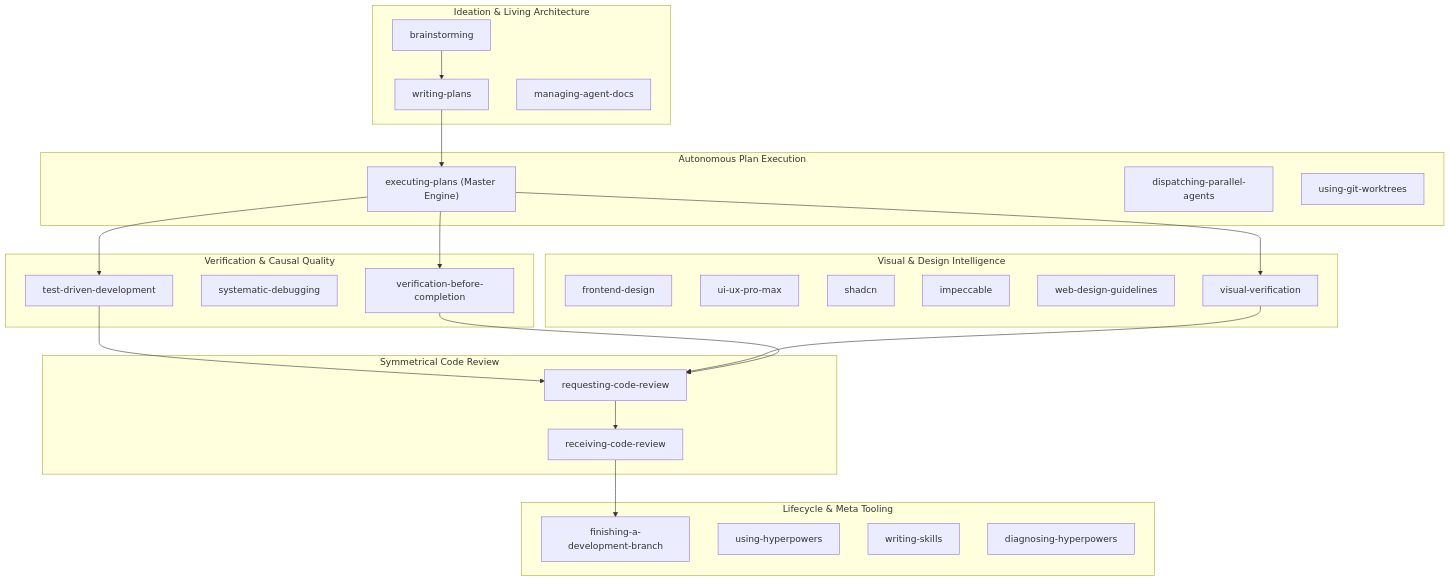
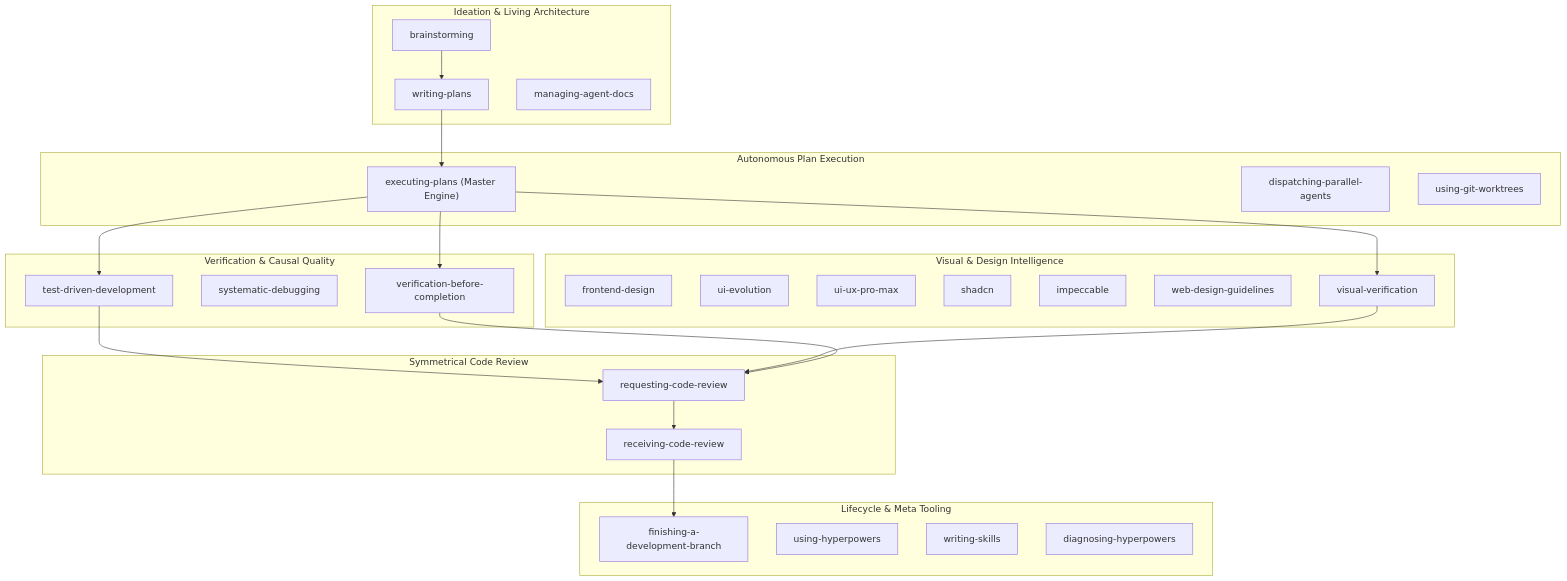
The second of 2 diagrams in README.md (samwork64/hyperpowers), drawn with Mermaid before and after one commit. The commit also changed other lines of this file, not shown here.

````diff
--- a/README.md
+++ b/README.md
@@ -171,46 +173,47 @@
 ```mermaid
 flowchart TD
     subgraph UI["Visual & Design Intelligence"]
         FD["frontend-design"]
+        UE["ui-evolution"]
         UP["ui-ux-pro-max"]
         SC["shadcn"]
         IM["impeccable"]
         WD["web-design-guidelines"]
         VV["visual-verification"]
     end
 
     subgraph Exec["Autonomous Plan Execution"]
         EP["executing-plans (Master Engine)"]
         DP["dispatching-parallel-agents"]
         GW["using-git-worktrees"]
     end
 
     subgraph Quality["Verification & Causal Quality"]
         TDD["test-driven-development"]
         SD["systematic-debugging"]
         VC["verification-before-completion"]
     end
 
     subgraph Review["Symmetrical Code Review"]
         RQ["requesting-code-review"]
         RC["receiving-code-review"]
     end
 
     subgraph Memory["Ideation & Living Architecture"]
         BS["brainstorming"]
         WP["writing-plans"]
         AD["managing-agent-docs"]
     end
 
     subgraph Meta["Lifecycle & Meta Tooling"]
         FB["finishing-a-development-branch"]
         UH["using-hyperpowers"]
         WS["writing-skills"]
         DH["diagnosing-hyperpowers"]
     end
 
     BS --> WP --> EP
     EP --> TDD & VV & VC
     TDD & VV & VC --> RQ --> RC
     RC --> FB
 ```
````
